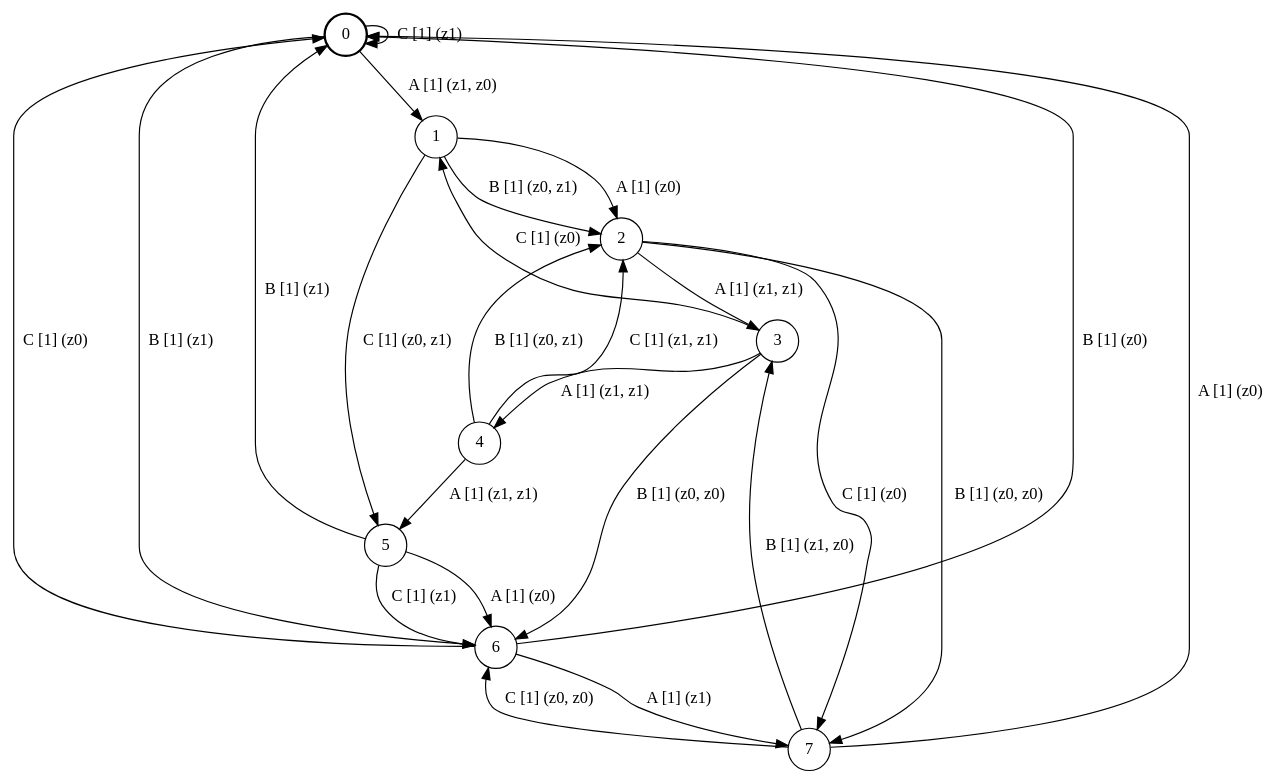
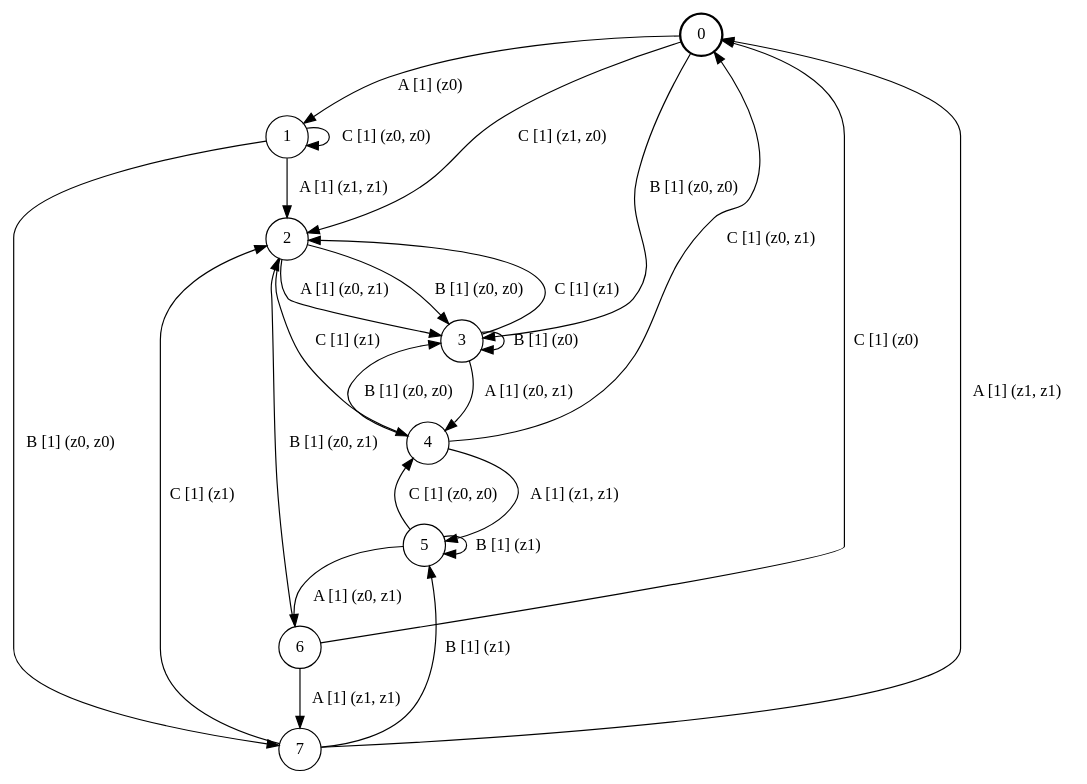
Before and after one commit to ulyantsev/EFSM-tools: the diagram in qbf/testing/fsm_8s3e2a.dot, drawn with Graphviz. The commit also changed 3063 other files, not shown here.

```diff
--- a/qbf/testing/fsm_8s3e2a.dot
+++ b/qbf/testing/fsm_8s3e2a.dot
@@ -1,30 +1,30 @@
 # generated file, don't try to modify
 # command: dot -Tpng <filename> > tree.png
 digraph Automaton {
     node [shape = circle];
     0 [style = "bold"];
-    0 -> 1 [label = "A [1] (z1, z0) "];
-    0 -> 6 [label = "B [1] (z1) "];
-    0 -> 0 [label = "C [1] (z1) "];
-    1 -> 2 [label = "A [1] (z0) "];
-    1 -> 2 [label = "B [1] (z0, z1) "];
-    1 -> 5 [label = "C [1] (z0, z1) "];
-    2 -> 3 [label = "A [1] (z1, z1) "];
-    2 -> 7 [label = "B [1] (z0, z0) "];
-    2 -> 7 [label = "C [1] (z0) "];
-    3 -> 4 [label = "A [1] (z1, z1) "];
-    3 -> 6 [label = "B [1] (z0, z0) "];
-    3 -> 1 [label = "C [1] (z0) "];
+    0 -> 1 [label = "A [1] (z0) "];
+    0 -> 3 [label = "B [1] (z0, z0) "];
+    0 -> 2 [label = "C [1] (z1, z0) "];
+    1 -> 2 [label = "A [1] (z1, z1) "];
+    1 -> 7 [label = "B [1] (z0, z0) "];
+    1 -> 1 [label = "C [1] (z0, z0) "];
+    2 -> 3 [label = "A [1] (z0, z1) "];
+    2 -> 3 [label = "B [1] (z0, z0) "];
+    2 -> 4 [label = "C [1] (z1) "];
+    3 -> 4 [label = "A [1] (z0, z1) "];
+    3 -> 3 [label = "B [1] (z0) "];
+    3 -> 2 [label = "C [1] (z1) "];
     4 -> 5 [label = "A [1] (z1, z1) "];
-    4 -> 2 [label = "B [1] (z0, z1) "];
-    4 -> 2 [label = "C [1] (z1, z1) "];
-    5 -> 6 [label = "A [1] (z0) "];
-    5 -> 0 [label = "B [1] (z1) "];
-    5 -> 6 [label = "C [1] (z1) "];
-    6 -> 7 [label = "A [1] (z1) "];
-    6 -> 0 [label = "B [1] (z0) "];
+    4 -> 3 [label = "B [1] (z0, z0) "];
+    4 -> 0 [label = "C [1] (z0, z1) "];
+    5 -> 6 [label = "A [1] (z0, z1) "];
+    5 -> 5 [label = "B [1] (z1) "];
+    5 -> 4 [label = "C [1] (z0, z0) "];
+    6 -> 7 [label = "A [1] (z1, z1) "];
+    6 -> 2 [label = "B [1] (z0, z1) "];
     6 -> 0 [label = "C [1] (z0) "];
-    7 -> 0 [label = "A [1] (z0) "];
-    7 -> 3 [label = "B [1] (z1, z0) "];
-    7 -> 6 [label = "C [1] (z0, z0) "];
+    7 -> 0 [label = "A [1] (z1, z1) "];
+    7 -> 5 [label = "B [1] (z1) "];
+    7 -> 2 [label = "C [1] (z1) "];
 }
```
